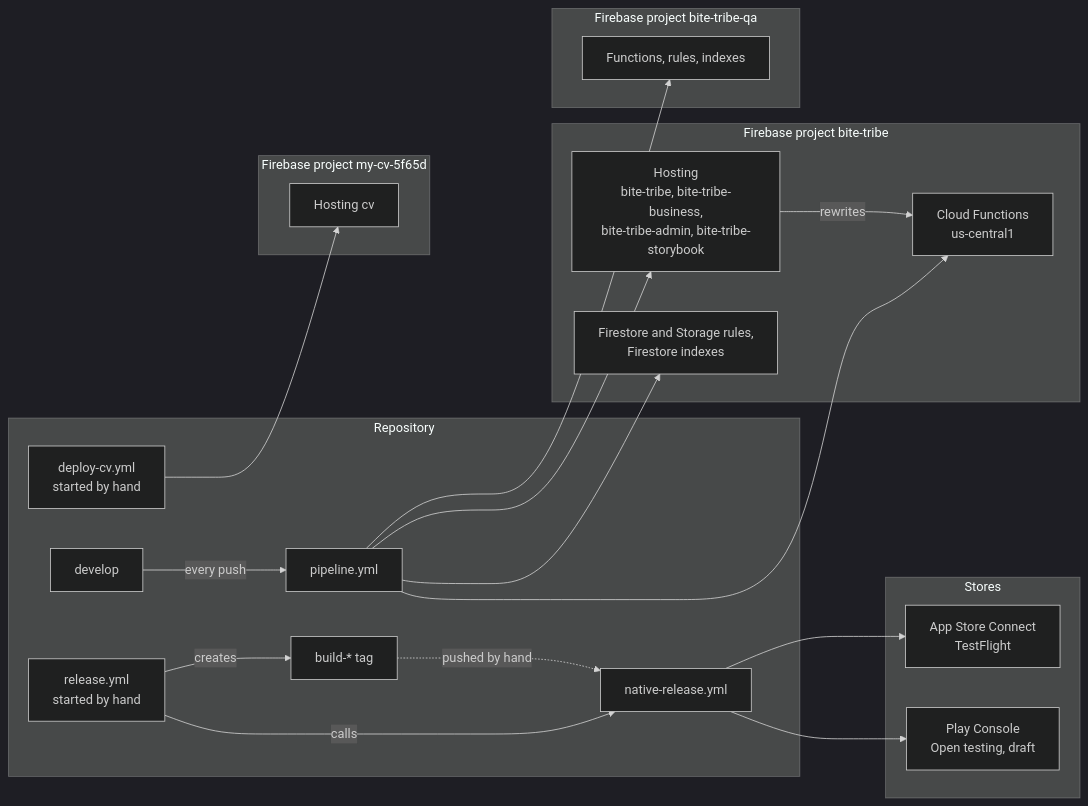
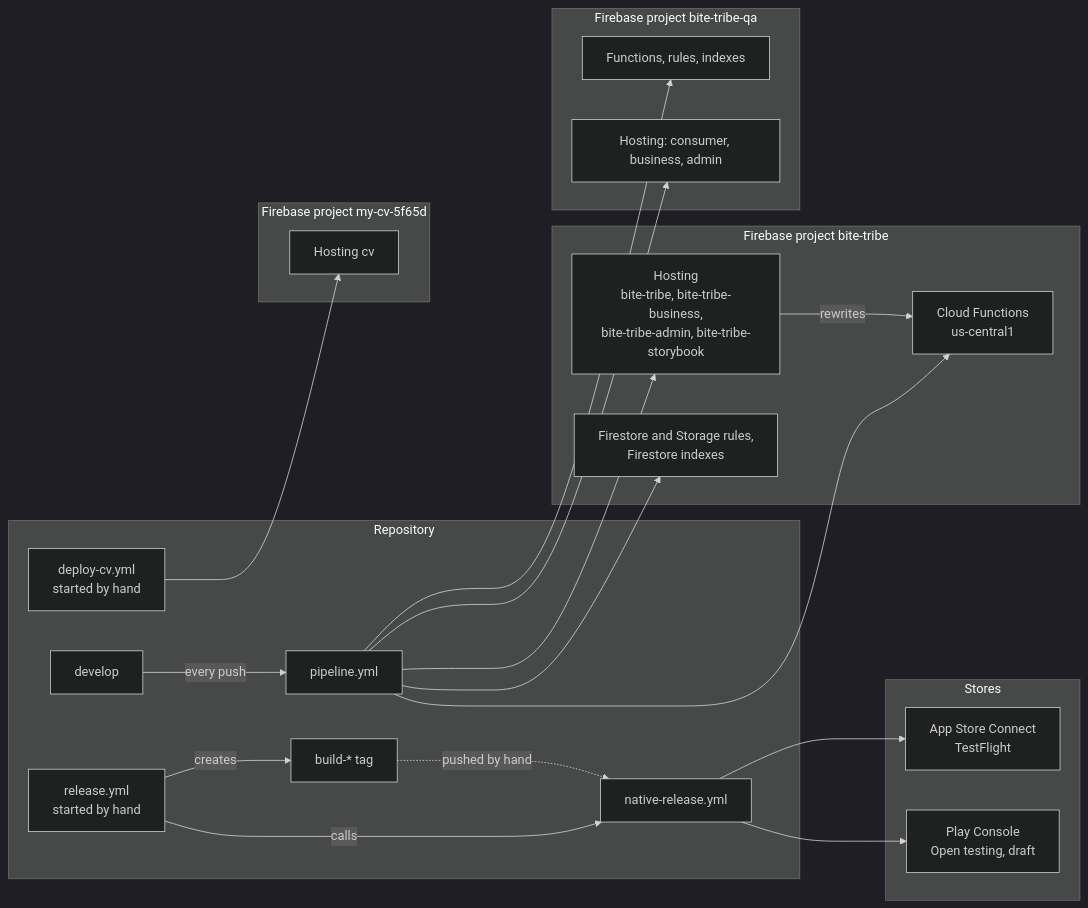
Before and after one commit to muhammedgaygisiz/travellers-apps: the diagram in ssot/architecture/deployment.md, drawn with Mermaid (dark theme). The commit also changed other lines of this file and 8 other files, not shown here.

First line of the commit message:
ci: deploy the consumer, business and admin web apps to QA (#2293)

````diff
--- a/ssot/architecture/deployment.md
+++ b/ssot/architecture/deployment.md
@@ -133,43 +134,45 @@
 ```mermaid
 flowchart LR
   subgraph repo["Repository"]
     develop["develop"]
     tag["build-* tag"]
     pipeline["pipeline.yml"]
     release["release.yml<br/>started by hand"]
     native["native-release.yml"]
     cvwf["deploy-cv.yml<br/>started by hand"]
   end
 
   subgraph prod["Firebase project bite-tribe"]
     hosting["Hosting<br/>bite-tribe, bite-tribe-business,<br/>bite-tribe-admin, bite-tribe-storybook"]
     functions["Cloud Functions<br/>us-central1"]
     rules["Firestore and Storage rules,<br/>Firestore indexes"]
   end
 
   subgraph qa["Firebase project bite-tribe-qa"]
     qabackend["Functions, rules, indexes"]
+    qaweb["Hosting: consumer, business, admin"]
   end
 
   subgraph cvproject["Firebase project my-cv-5f65d"]
     cvhosting["Hosting cv"]
   end
 
   subgraph stores["Stores"]
     asc["App Store Connect<br/>TestFlight"]
     play["Play Console<br/>Open testing, draft"]
   end
 
   develop -- "every push" --> pipeline
   pipeline --> hosting
   pipeline --> functions
   pipeline --> rules
   pipeline --> qabackend
+  pipeline --> qaweb
   release -- "creates" --> tag
   release -- "calls" --> native
   tag -. "pushed by hand" .-> native
   native --> asc
   native --> play
   cvwf --> cvhosting
   hosting -- "rewrites" --> functions
 ```
````
